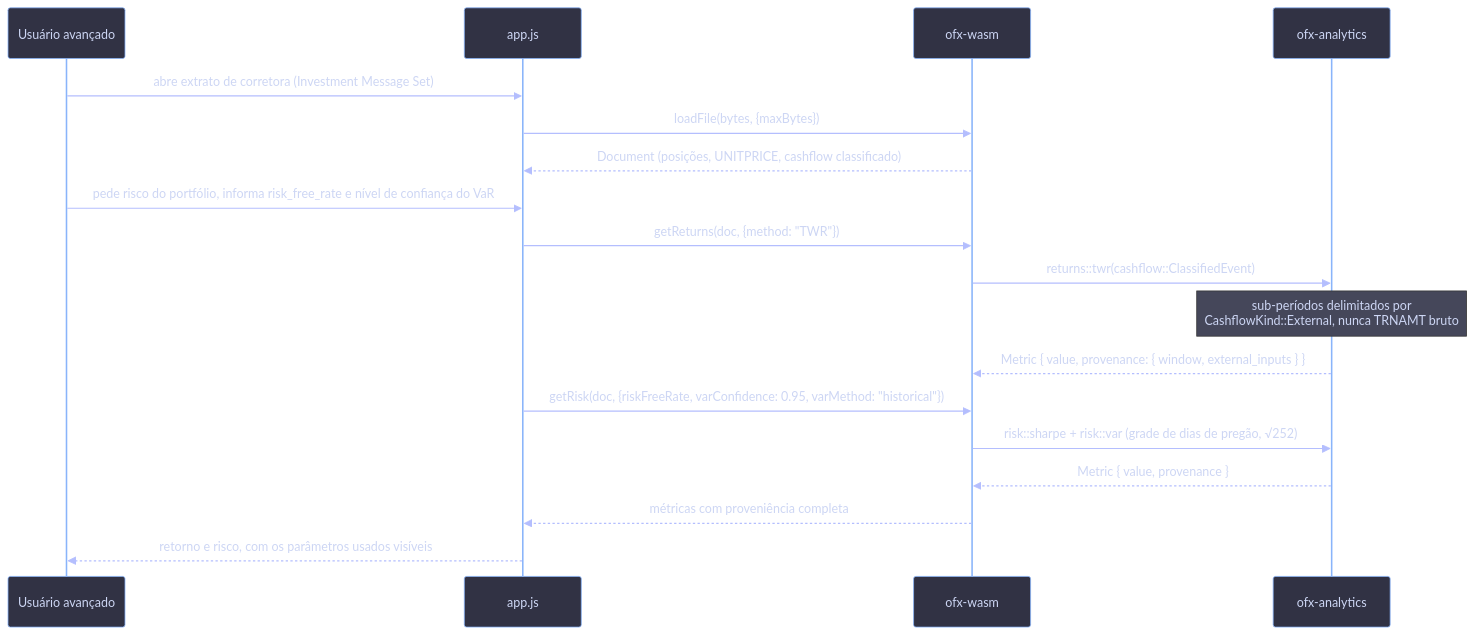
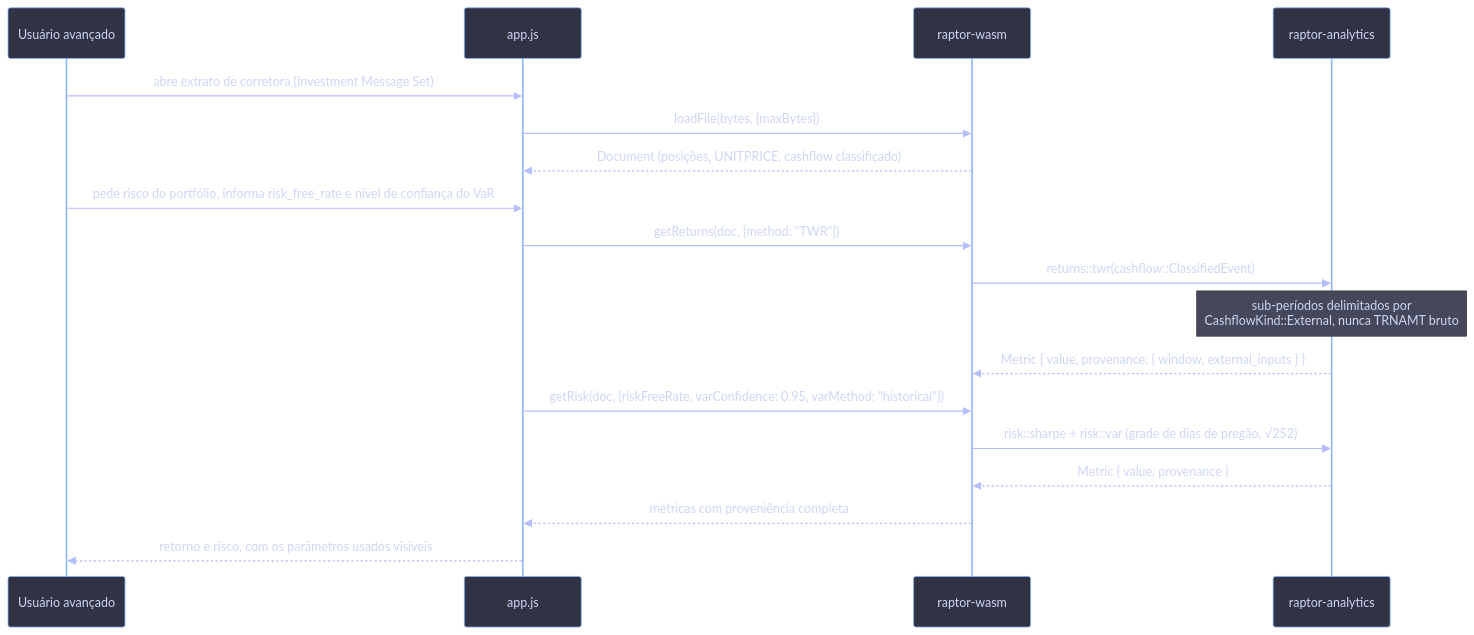
The eighth of 10 diagrams in docs/discovery-ofx-rust-wasm.md (fossio/raptor), drawn with Mermaid before and after one commit. The commit also changed other lines of this file and 19 other files, not shown here.

````diff
--- a/docs/discovery-ofx-rust-wasm.md
+++ b/docs/discovery-ofx-rust-wasm.md
@@ -721,22 +717,22 @@
 ```mermaid
 %%{init: {'theme':'base','themeVariables':{'background':'#1e1e2e','primaryColor':'#313244','primaryTextColor':'#cdd6f4','primaryBorderColor':'#89b4fa','lineColor':'#b4befe','actorBkg':'#313244','actorBorder':'#89b4fa','actorTextColor':'#cdd6f4','signalColor':'#b4befe','signalTextColor':'#cdd6f4','labelBoxBkgColor':'#181825','labelBoxBorderColor':'#585b70','noteBkgColor':'#45475a','noteTextColor':'#cdd6f4','fontFamily':'monospace'}}}%%
 sequenceDiagram
     participant U as Usuário avançado
     participant JS as app.js
-    participant W as ofx-wasm
-    participant A as ofx-analytics
+    participant W as raptor-wasm
+    participant A as raptor-analytics
 
     U->>JS: abre extrato de corretora (Investment Message Set)
     JS->>W: loadFile(bytes, {maxBytes})
     W-->>JS: Document (posições, UNITPRICE, cashflow classificado)
     U->>JS: pede risco do portfólio, informa risk_free_rate e nível de confiança do VaR
     JS->>W: getReturns(doc, {method: "TWR"})
     W->>A: returns::twr(cashflow::ClassifiedEvent)
     Note over A: sub-períodos delimitados por<br/>CashflowKind::External, nunca TRNAMT bruto
     A-->>W: Metric { value, provenance: { window, external_inputs } }
     JS->>W: getRisk(doc, {riskFreeRate, varConfidence: 0.95, varMethod: "historical"})
     W->>A: risk::sharpe + risk::var (grade de dias de pregão, √252)
     A-->>W: Metric { value, provenance }
     W-->>JS: métricas com proveniência completa
     JS-->>U: retorno e risco, com os parâmetros usados visíveis
 ```
````
